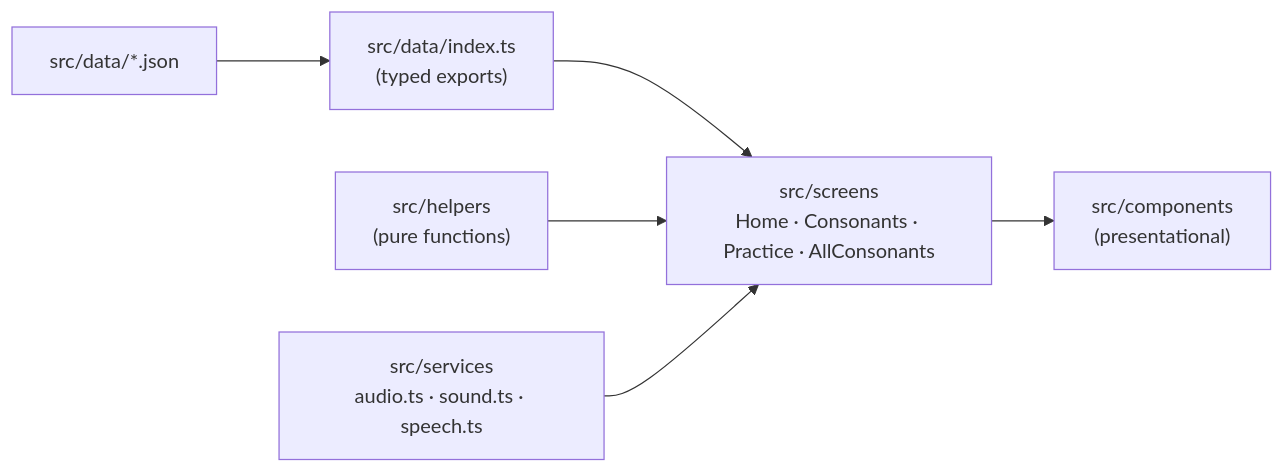
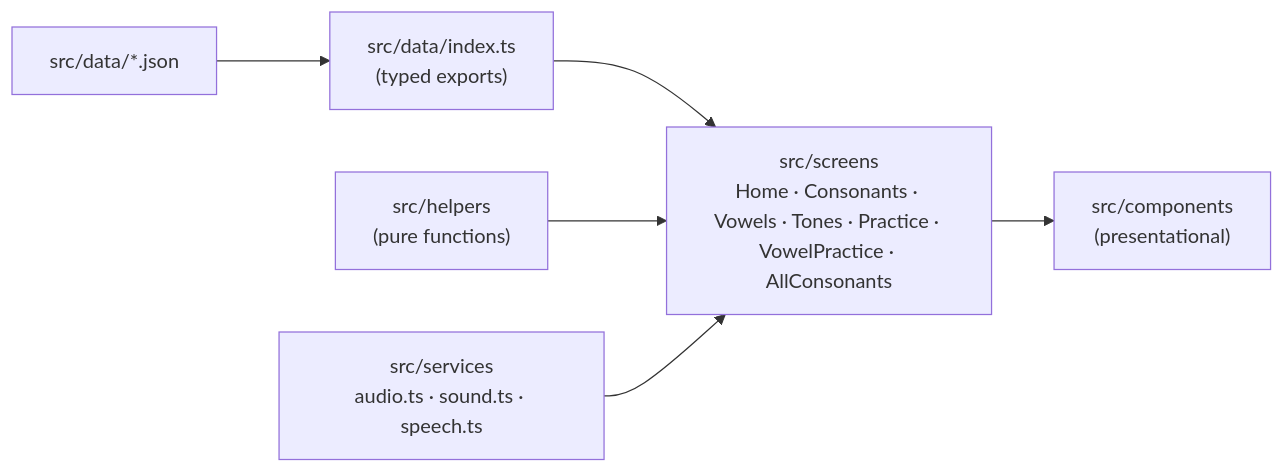
One commit to MinHan-Kyaw/thai-learning changed the first of 2 diagrams in docs/architecture.md. Above: the diagram before and after it, drawn with Mermaid. The commit also changed other lines of this file and 38 other files, not shown here.

First line of the commit message:
Add vowels, tones and a consonant + vowel practice

````diff
--- a/docs/architecture.md
+++ b/docs/architecture.md
@@ -14,8 +14,8 @@
 ```mermaid
 flowchart LR
   JSON["src/data/*.json"] --> Loader["src/data/index.ts<br/>(typed exports)"]
   Loader --> Screens
   Helpers["src/helpers<br/>(pure functions)"] --> Screens
   Services["src/services<br/>audio.ts · sound.ts · speech.ts"] --> Screens
-  Screens["src/screens<br/>Home · Consonants · Practice · AllConsonants"] --> Components["src/components<br/>(presentational)"]
+  Screens["src/screens<br/>Home · Consonants · Vowels · Tones · Practice · VowelPractice · AllConsonants"] --> Components["src/components<br/>(presentational)"]
 ```
````
